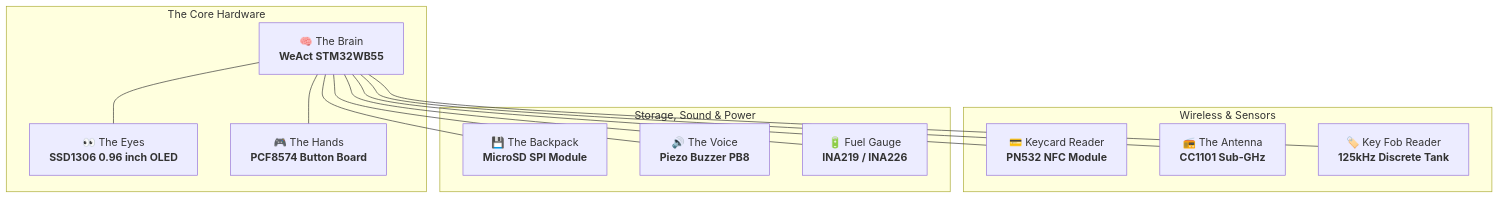
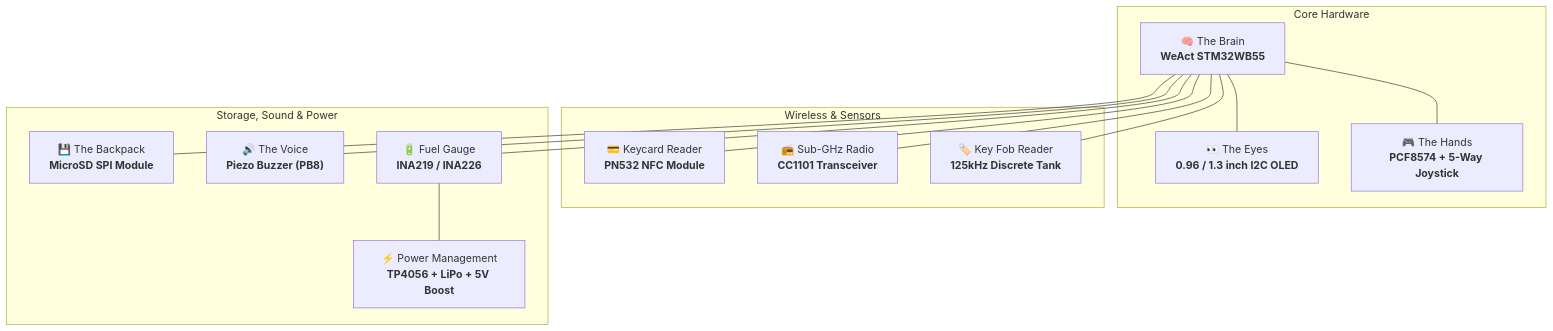
The first of 7 diagrams in ReadMe.md (AJ60/Flipper_OLED_PCF8574_PN532), drawn with Mermaid before and after one commit. The commit also changed other lines of this file, not shown here.

Commit message:
docs: comprehensively refine ReadMe with unified wiring and power chain

````diff
--- a/ReadMe.md
+++ b/ReadMe.md
@@ -37,29 +35,31 @@
 ```mermaid
 graph TD
-    subgraph Core [The Core Hardware]
+    subgraph Core [Core Hardware]
         MCU["🧠 The Brain<br><b>WeAct STM32WB55</b>"]
-        OLED["👀 The Eyes<br><b>SSD1306 0.96 inch OLED</b>"]
-        KEYPAD["🎮 The Hands<br><b>PCF8574 Button Board</b>"]
+        OLED["👀 The Eyes<br><b>0.96 / 1.3 inch I2C OLED</b>"]
+        KEYPAD["🎮 The Hands<br><b>PCF8574 + 5-Way Joystick</b>"]
     end
     
     subgraph Radios [Wireless & Sensors]
         NFC["💳 Keycard Reader<br><b>PN532 NFC Module</b>"]
-        RADIO["📻 The Antenna<br><b>CC1101 Sub-GHz</b>"]
+        RADIO["📻 Sub-GHz Radio<br><b>CC1101 Transceiver</b>"]
         RFID["🏷️ Key Fob Reader<br><b>125kHz Discrete Tank</b>"]
     end
     
     subgraph StoragePower [Storage, Sound & Power]
         SD["💾 The Backpack<br><b>MicroSD SPI Module</b>"]
-        BUZZER["🔊 The Voice<br><b>Piezo Buzzer PB8</b>"]
+        BUZZER["🔊 The Voice<br><b>Piezo Buzzer (PB8)</b>"]
         INA["🔋 Fuel Gauge<br><b>INA219 / INA226</b>"]
+        PWR_CHAIN["⚡ Power Management<br><b>TP4056 + LiPo + 5V Boost</b>"]
     end
 
     MCU --- OLED
     MCU --- KEYPAD
     MCU --- NFC
     MCU --- RADIO
     MCU --- RFID
     MCU --- SD
     MCU --- BUZZER
     MCU --- INA
+    INA --- PWR_CHAIN
 ```
````
